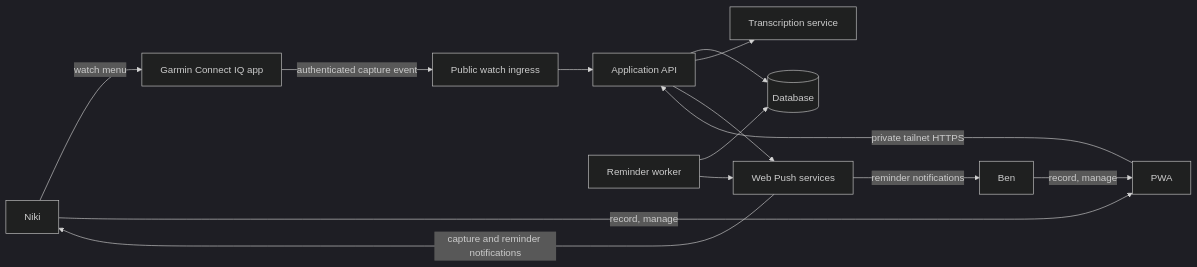
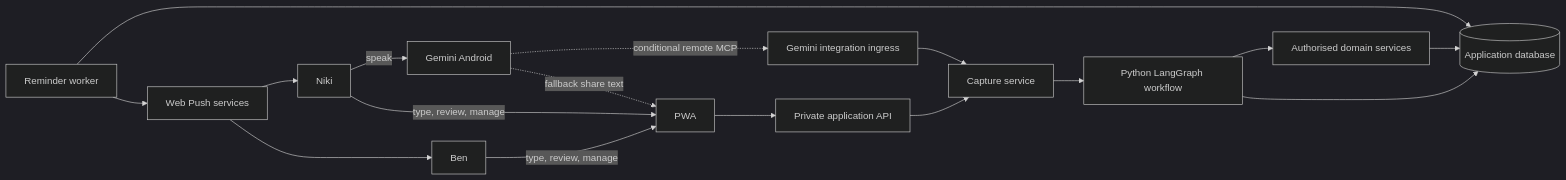
One commit to nikicrow/garmin-notes-lists-and-reminders changed the first of 7 diagrams in docs/architecture.md. Above: the diagram before and after it, drawn with Mermaid (dark theme). The commit also changed other lines of this file and 2 other files, not shown here.

Commit message:
docs: redesign capture around Gemini and LangGraph

````diff
--- a/docs/architecture.md
+++ b/docs/architecture.md
@@ -34,16 +67,22 @@
 ```mermaid
 flowchart LR
-    N[Niki] -->|watch menu| G[Garmin Connect IQ app]
-    N -->|record, manage| P[PWA]
-    B[Ben] -->|record, manage| P
-    G -->|authenticated capture event| W[Public watch ingress]
-    W --> A[Application API]
-    P -->|private tailnet HTTPS| A
-    A --> D[(Database)]
-    A --> T[Transcription service]
-    R[Reminder worker] --> D
-    R --> PUSH[Web Push services]
-    A --> PUSH
-    PUSH -->|capture and reminder notifications| N
-    PUSH -->|reminder notifications| B
+    N[Niki] -->|speak| GEMINI[Gemini Android]
+    N -->|type, review, manage| PWA[PWA]
+    B[Ben] -->|type, review, manage| PWA
+
+    GEMINI -. conditional remote MCP .-> GI[Gemini integration ingress]
+    GEMINI -. fallback share text .-> PWA
+
+    PWA --> API[Private application API]
+    GI --> CAP[Capture service]
+    API --> CAP
+    CAP --> AGENT[Python LangGraph workflow]
+    AGENT --> DOMAIN[Authorised domain services]
+    DOMAIN --> DB[(Application database)]
+    AGENT --> DB
+
+    WORKER[Reminder worker] --> DB
+    WORKER --> PUSH[Web Push services]
+    PUSH --> N
+    PUSH --> B
 ```
````
